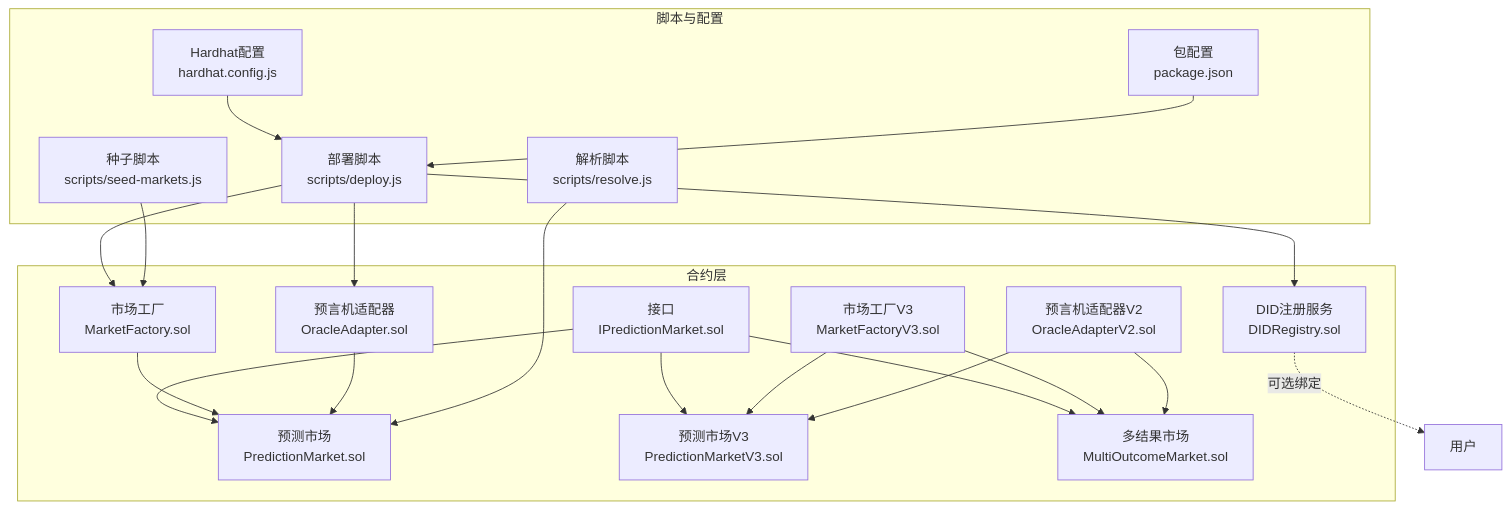
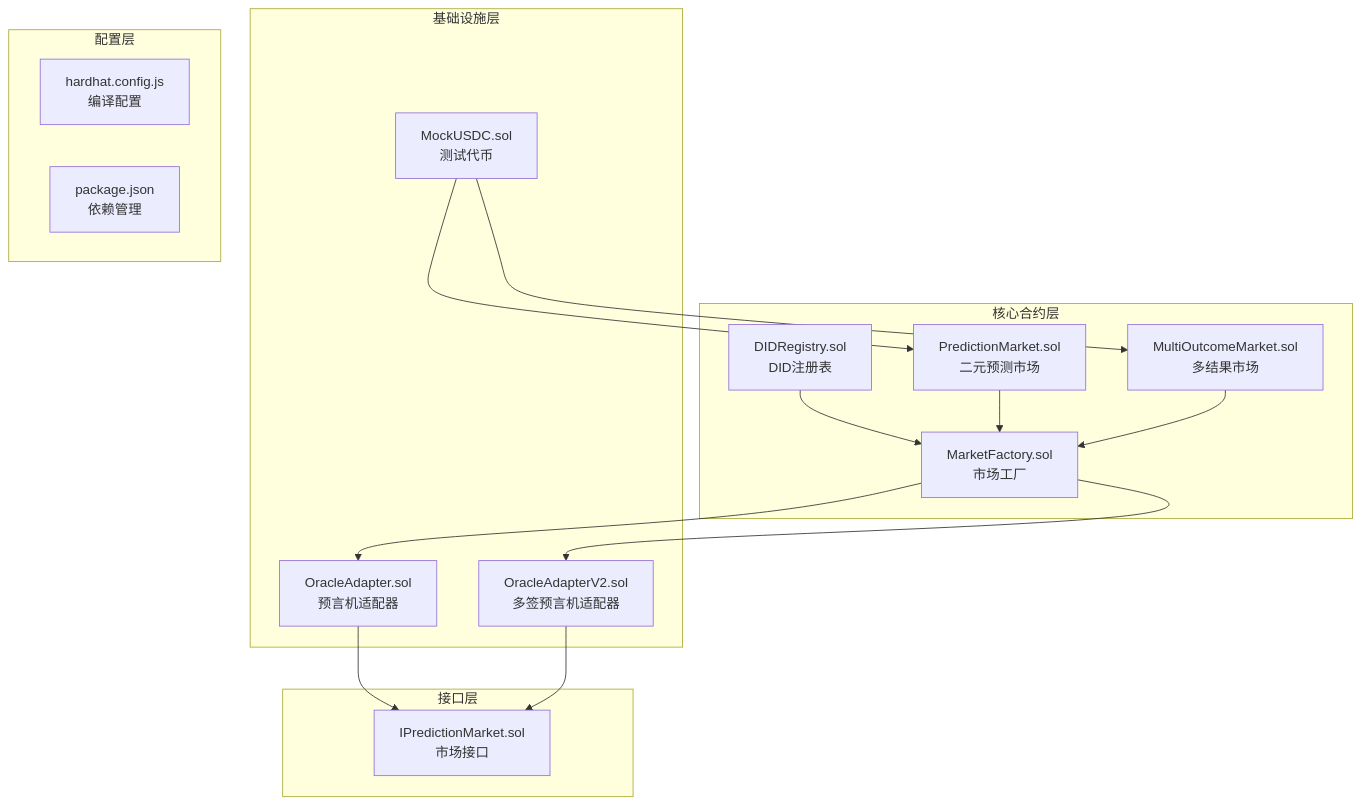
One commit to SimonHofman/PredictionDIDSimple changed the first of 9 diagrams in contracts/.qoder/repowiki/zh/content/项目概述.md. Above: the diagram before and after it, drawn with Mermaid. The commit also changed other lines of this file and 162 other files, not shown here.

````diff
--- a/contracts/.qoder/repowiki/zh/content/项目概述.md
+++ b/contracts/.qoder/repowiki/zh/content/项目概述.md
@@ -61,38 +56,30 @@
 ```mermaid
 graph TB
-subgraph "合约层"
-IF["接口<br/>IPredictionMarket.sol"]
-PM["预测市场<br/>PredictionMarket.sol"]
-PM3["预测市场V3<br/>PredictionMarketV3.sol"]
-MOM["多结果市场<br/>MultiOutcomeMarket.sol"]
-MF["市场工厂<br/>MarketFactory.sol"]
-MF3["市场工厂V3<br/>MarketFactoryV3.sol"]
-OA["预言机适配器<br/>OracleAdapter.sol"]
-OA2["预言机适配器V2<br/>OracleAdapterV2.sol"]
-REG["DID注册服务<br/>DIDRegistry.sol"]
+subgraph "核心合约层"
+A[DIDRegistry.sol<br/>DID注册表]
+B[PredictionMarket.sol<br/>二元预测市场]
+C[MultiOutcomeMarket.sol<br/>多结果市场]
+D[MarketFactory.sol<br/>市场工厂]
 end
-subgraph "脚本与配置"
-DEP["部署脚本<br/>scripts/deploy.js"]
-SEED["种子脚本<br/>scripts/seed-markets.js"]
-RES["解析脚本<br/>scripts/resolve.js"]
-CFG["Hardhat配置<br/>hardhat.config.js"]
-PKG["包配置<br/>package.json"]
+subgraph "基础设施层"
+E[OracleAdapter.sol<br/>预言机适配器]
+F[OracleAdapterV2.sol<br/>多签预言机适配器]
+G[MockUSDC.sol<br/>测试代币]
 end
-IF --> PM
-IF --> PM3
-IF --> MOM
-MF --> PM
-MF3 --> PM3
-MF3 --> MOM
-OA --> PM
-OA2 --> PM3
-OA2 --> MOM
-REG -. 可选绑定 .-> 用户
-DEP --> MF
-DEP --> OA
-DEP --> REG
-SEED --> MF
-RES --> PM
-CFG --> DEP
-PKG --> DEP
+subgraph "接口层"
+H[IPredictionMarket.sol<br/>市场接口]
+end
+subgraph "配置层"
+I[hardhat.config.js<br/>编译配置]
+J[package.json<br/>依赖管理]
+end
+A --> D
+B --> D
+C --> D
+D --> E
+D --> F
+E --> H
+F --> H
+G --> B
+G --> C
 ```
````
